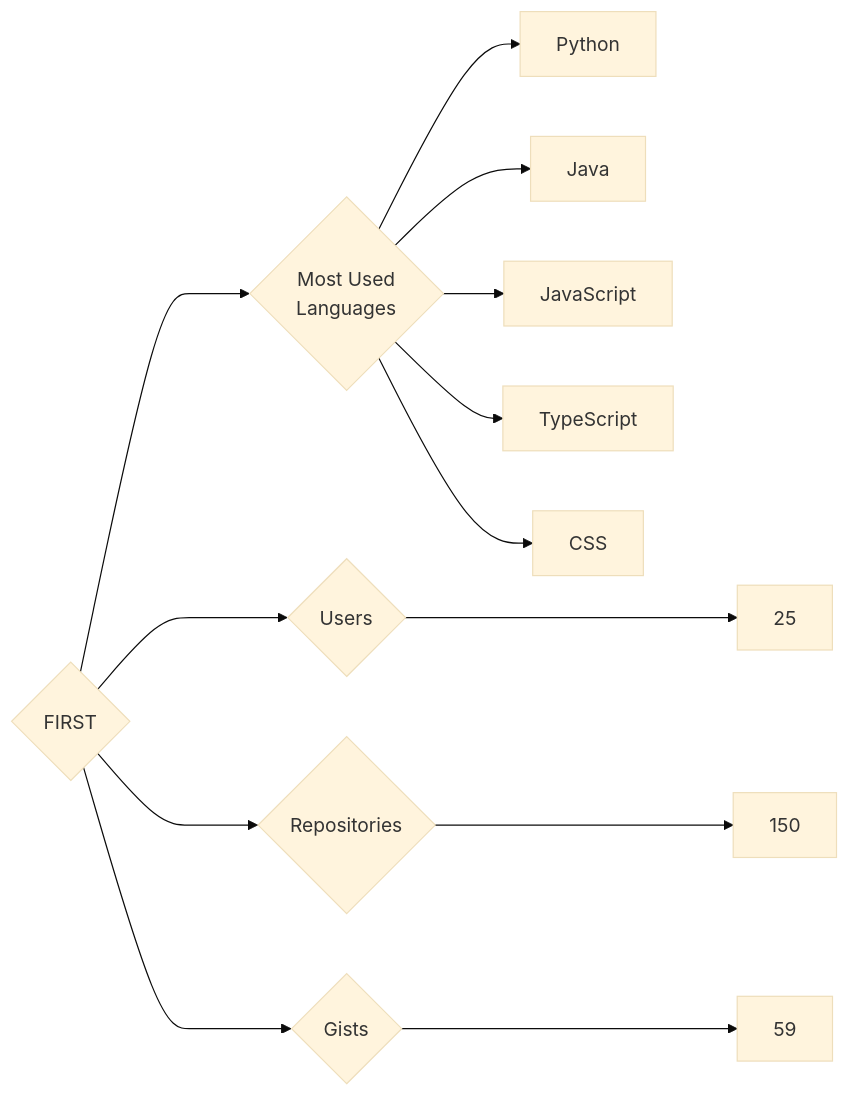
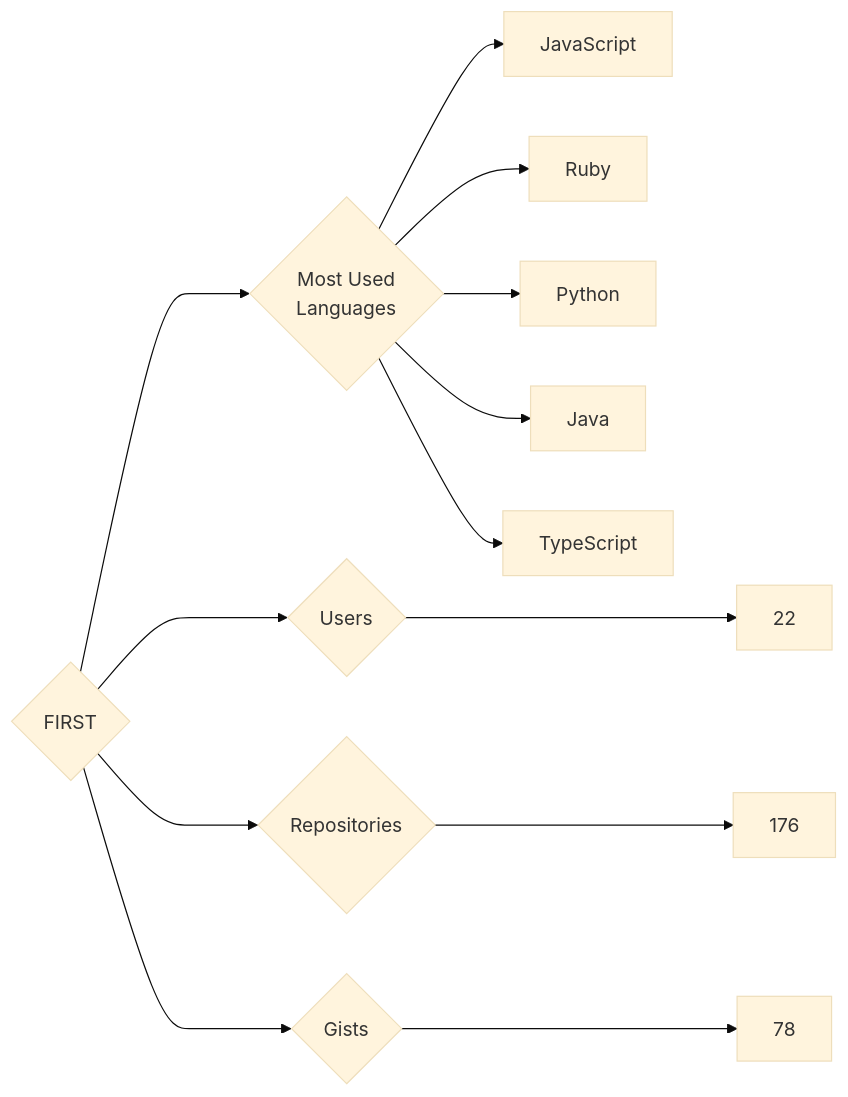
The diagram in targets/FIRST/README.md (trickest/insiders), drawn with Mermaid (base theme) before and after one commit. The commit also changed 935 other files, not shown here.

````diff
--- a/targets/FIRST/README.md
+++ b/targets/FIRST/README.md
@@ -3,13 +3,13 @@
 ```mermaid
 graph LR
 COMPANY_NAME{FIRST}
-COMPANY_NAME ---> U{Users} ---> UN[25]
-COMPANY_NAME ---> R{Repositories} ---> RN[150]
-COMPANY_NAME ---> G{Gists} ---> GN[59]
+COMPANY_NAME ---> U{Users} ---> UN[22]
+COMPANY_NAME ---> R{Repositories} ---> RN[176]
+COMPANY_NAME ---> G{Gists} ---> GN[78]
 COMPANY_NAME ---> ML{Most Used<br>Languages}
+ML --> JavaScript[JavaScript]
+ML --> Ruby[Ruby]
 ML --> Python[Python]
 ML --> Java[Java]
-ML --> JavaScript[JavaScript]
 ML --> TypeScript[TypeScript]
-ML --> CSS[CSS]
 ```
````
